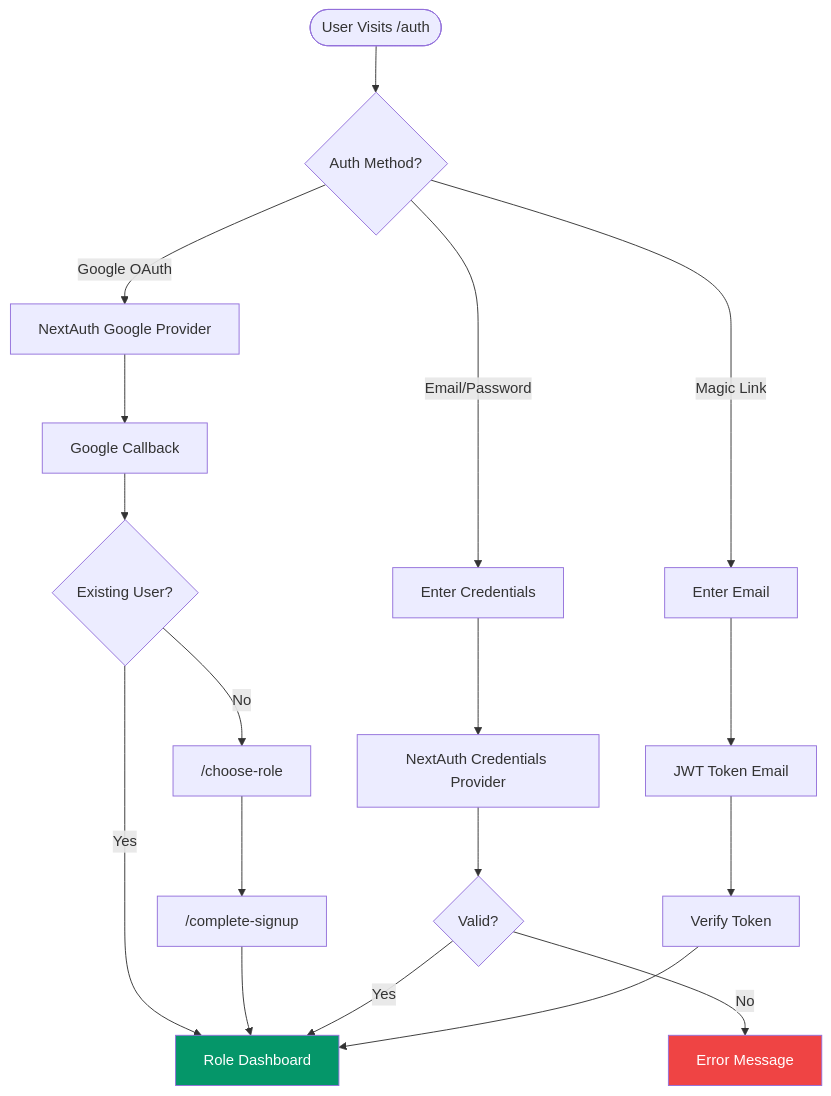
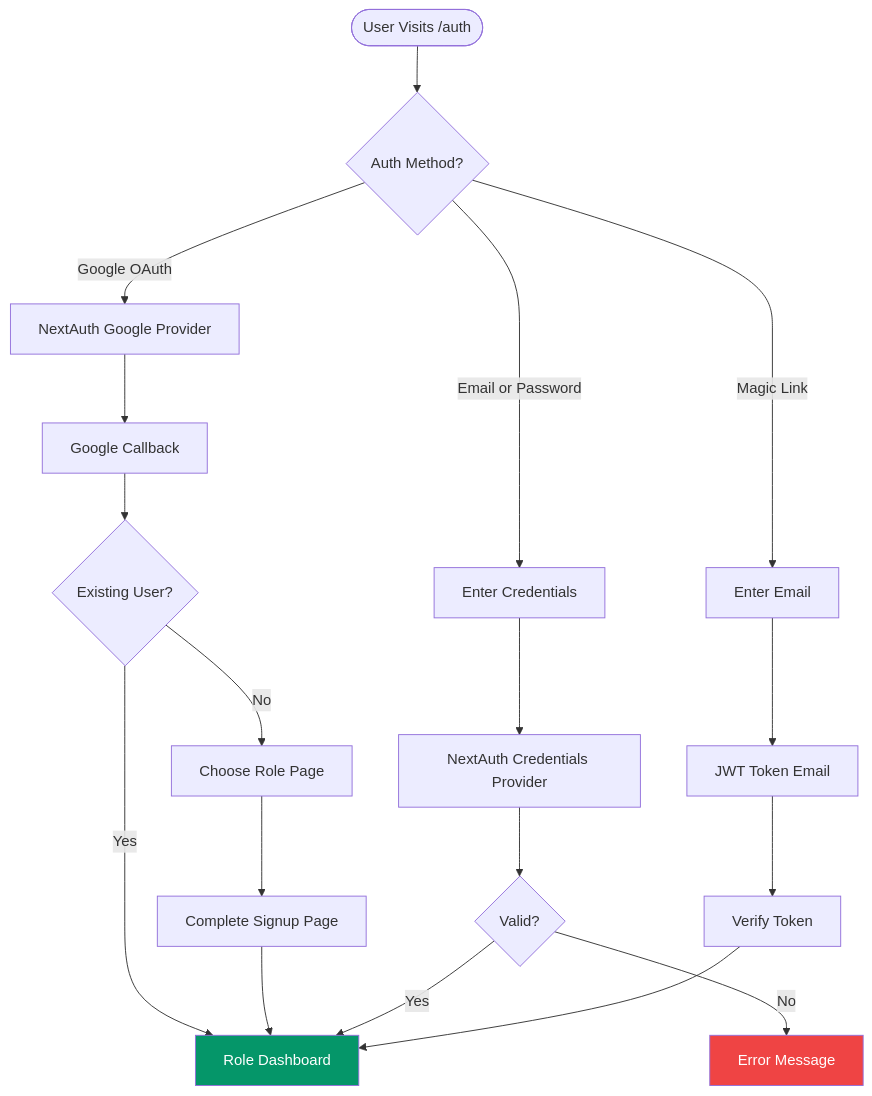
The second of 13 diagrams in docs/CODEBASE_UNDERSTANDING.md (ashfakhm/laundry-ease), drawn with Mermaid before and after one commit. The commit also changed other lines of this file, not shown here.

Commit message:
most of the diagrams in codebase_understanding were not rendering due to lexical error now i fixed it

````diff
--- a/docs/CODEBASE_UNDERSTANDING.md
+++ b/docs/CODEBASE_UNDERSTANDING.md
@@ -351,26 +351,26 @@
 ```mermaid
 flowchart TD
     Start([User Visits /auth]) --> Choice{Auth Method?}
     Choice -->|Google OAuth| G1[NextAuth Google Provider]
-    Choice -->|Email/Password| C1[Enter Credentials]
+    Choice -->|Email or Password| C1[Enter Credentials]
     Choice -->|Magic Link| M1[Enter Email]
 
     G1 --> G2[Google Callback]
     G2 --> G3{Existing User?}
     G3 -->|Yes| Dashboard[Role Dashboard]
-    G3 -->|No| ChooseRole["/choose-role"]
-    ChooseRole --> CompleteSignup["/complete-signup"]
+    G3 -->|No| ChooseRole[Choose Role Page]
+    ChooseRole --> CompleteSignup[Complete Signup Page]
     CompleteSignup --> Dashboard
 
     C1 --> C2[NextAuth Credentials Provider]
     C2 --> C3{Valid?}
     C3 -->|Yes| Dashboard
     C3 -->|No| C4[Error Message]
 
     M1 --> M2[JWT Token Email]
     M2 --> M3[Verify Token]
     M3 --> Dashboard
 
     style Dashboard fill:#059669,color:#fff
     style C4 fill:#ef4444,color:#fff
 ```
````
